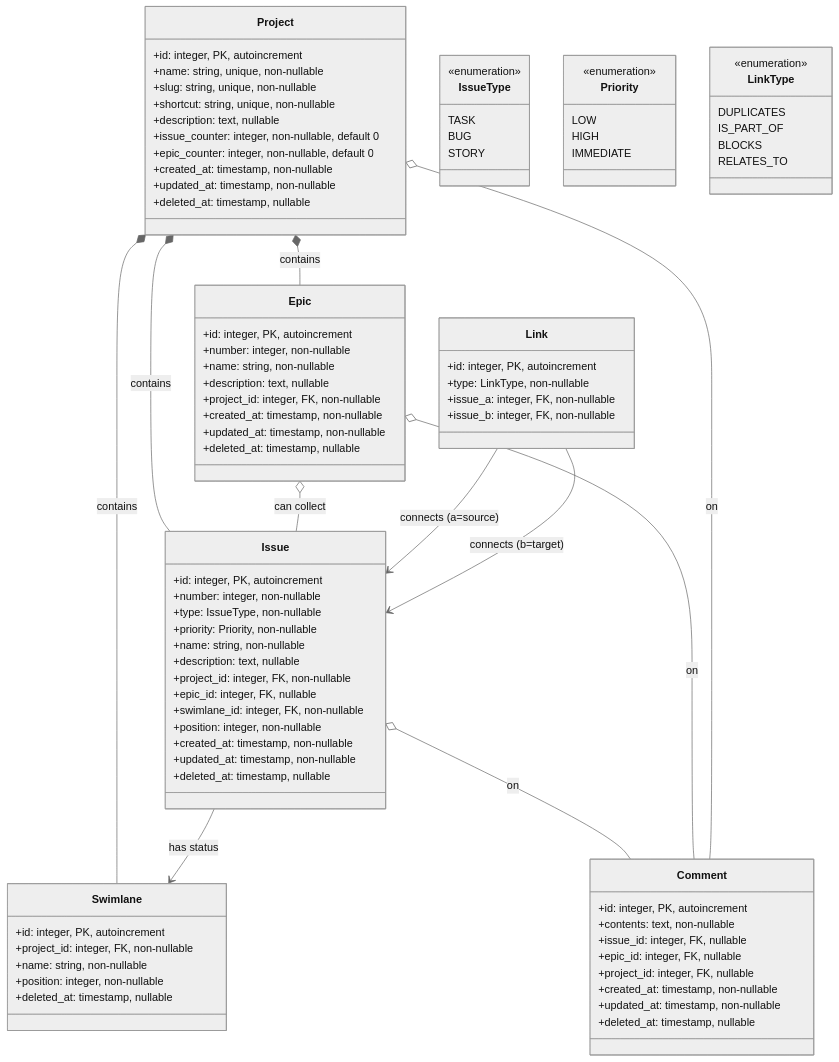
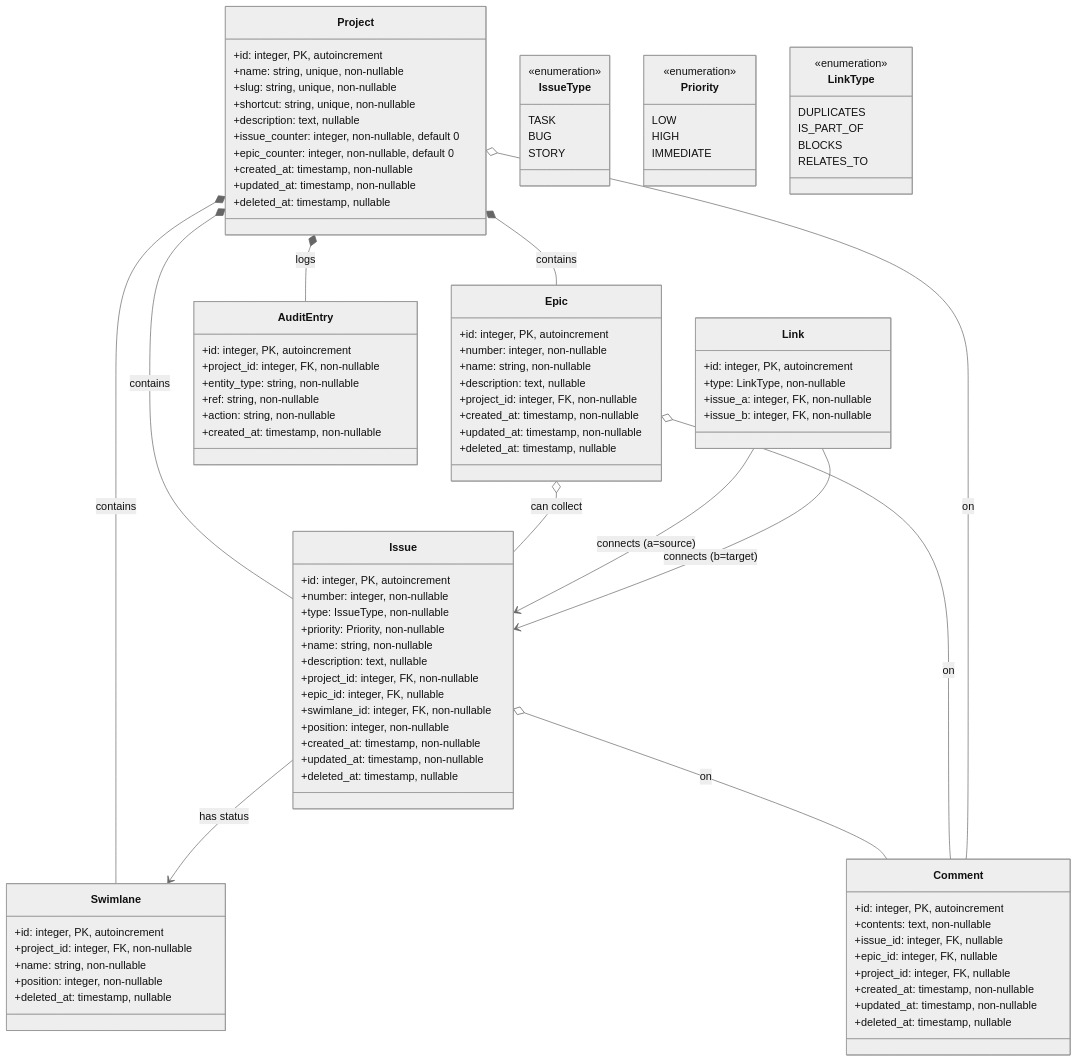
Before and after one commit to lurco/zdzira: the diagram in docs/erd.md, drawn with Mermaid (neutral theme). The commit also changed other lines of this file and 13 other files, not shown here.

First line of the commit message:
feat: append-only audit log — REST only, action + ref, per-project

````diff
--- a/docs/erd.md
+++ b/docs/erd.md
@@ -68,6 +68,15 @@
         +deleted_at: timestamp, nullable
     }
 
+    class AuditEntry {
+        +id: integer, PK, autoincrement
+        +project_id: integer, FK, non-nullable
+        +entity_type: string, non-nullable
+        +ref: string, non-nullable
+        +action: string, non-nullable
+        +created_at: timestamp, non-nullable
+    }
+
     class IssueType {
         <<enumeration>>
         TASK
@@ -100,4 +109,5 @@
     Issue o-- Comment : on
     Epic o-- Comment : on
     Project o-- Comment : on
+    Project *-- AuditEntry : logs
 ```
````
